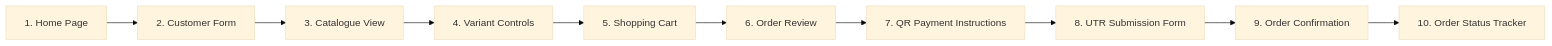
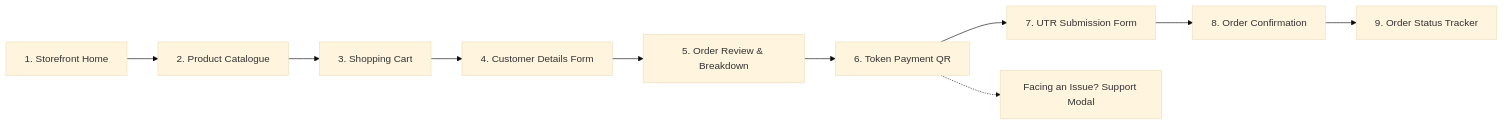
Before and after one commit to Bedant1424/Love: the diagram in Desktop/DIWALI/docs/PRD.md, drawn with Mermaid (base theme). The commit also changed other lines of this file and 4 other files, not shown here.

````diff
--- a/Desktop/DIWALI/docs/PRD.md
+++ b/Desktop/DIWALI/docs/PRD.md
@@ -60,12 +62,12 @@
 ```mermaid
 flowchart LR
-    S1[1. Home Page] --> S2[2. Customer Form]
-    S2 --> S3[3. Catalogue View]
-    S3 --> S4[4. Variant Controls]
-    S4 --> S5[5. Shopping Cart]
-    S5 --> S6[6. Order Review]
-    S6 --> S7[7. QR Payment Instructions]
-    S7 --> S8[8. UTR Submission Form]
-    S8 --> S9[9. Order Confirmation]
-    S9 --> S10[10. Order Status Tracker]
+    S1[1. Storefront Home] --> S2[2. Product Catalogue]
+    S2 --> S3[3. Shopping Cart]
+    S3 --> S4[4. Customer Details Form]
+    S4 --> S5[5. Order Review & Breakdown]
+    S5 --> S6[6. Token Payment QR]
+    S6 --> S7[7. UTR Submission Form]
+    S7 --> S8[8. Order Confirmation]
+    S8 --> S9[9. Order Status Tracker]
+    S6 -.-> S_ISS[Facing an Issue? Support Modal]
 ```
````
